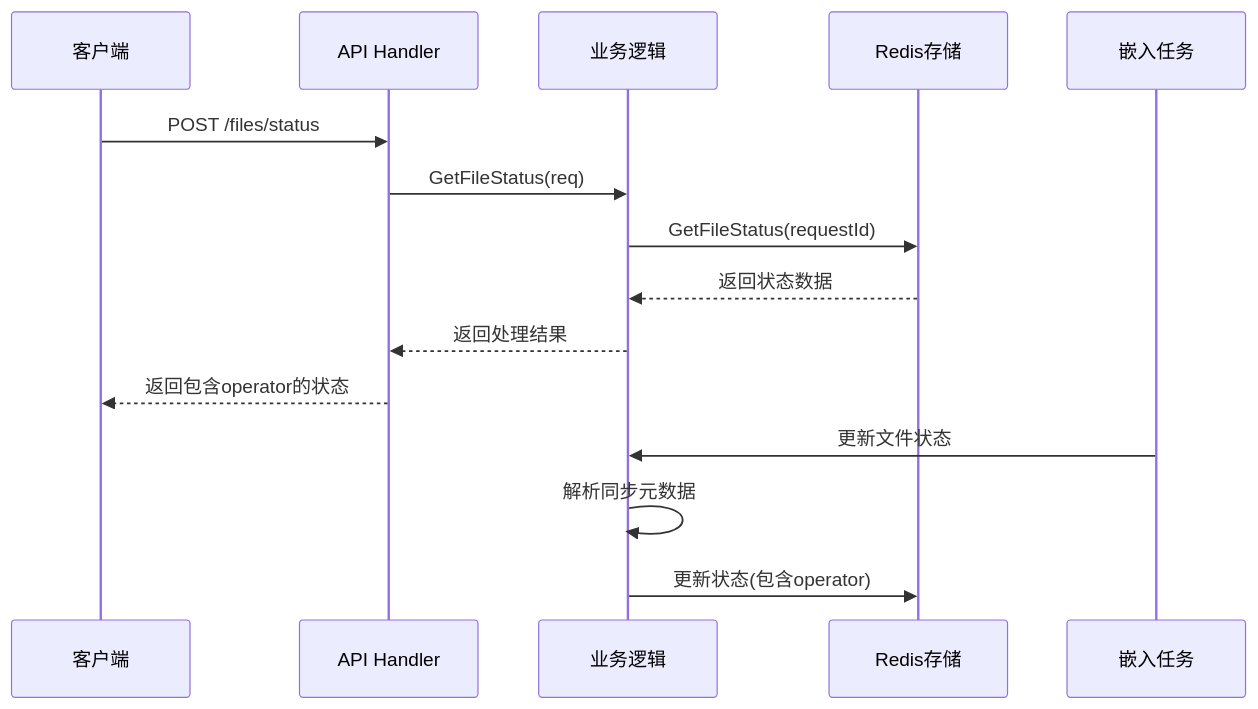
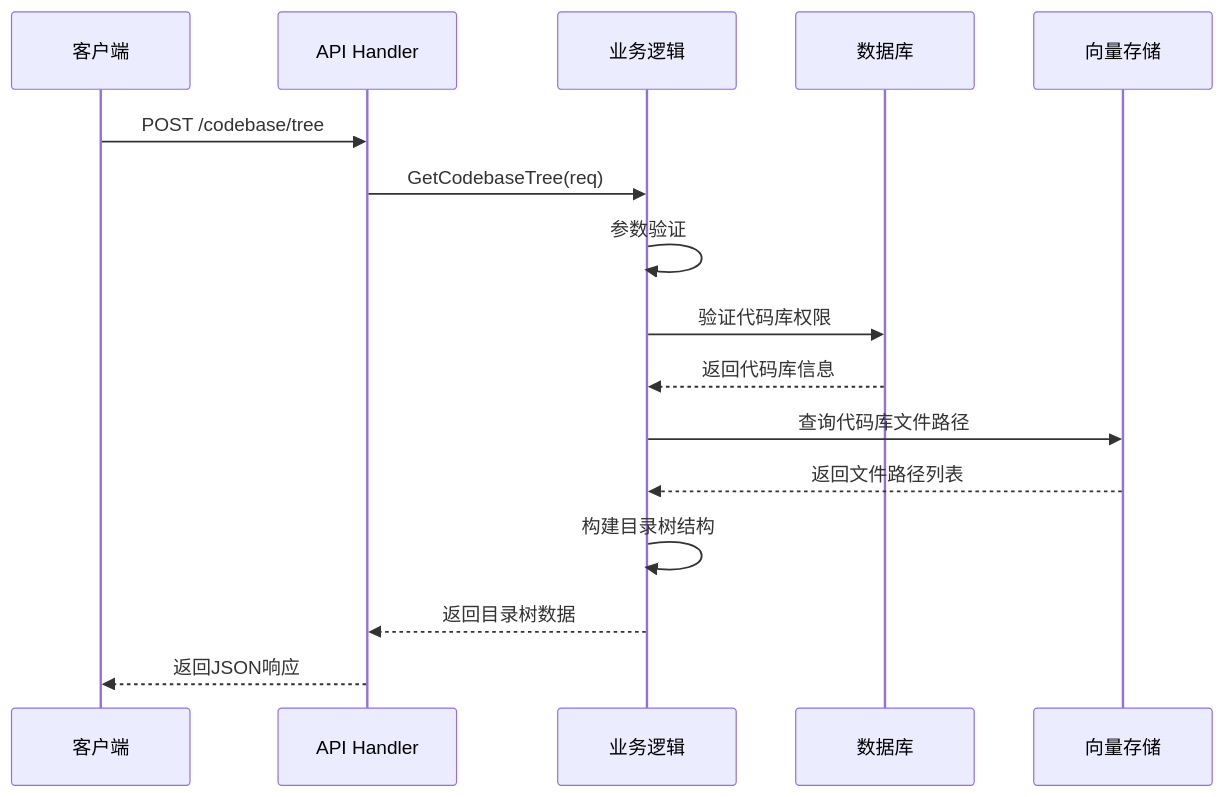
One commit to zgsm-ai/codebase-embedder changed the second of 2 diagrams in docs/technical.md. Above: the diagram before and after it, drawn with Mermaid. The commit also changed other lines of this file and 15 other files, not shown here.

````diff
--- a/docs/technical.md
+++ b/docs/technical.md
@@ -43,19 +46,19 @@
 ```mermaid
 sequenceDiagram
     participant Client as 客户端
     participant API as API Handler
     participant Logic as 业务逻辑
-    participant Redis as Redis存储
-    participant Task as 嵌入任务
+    participant DB as 数据库
+    participant Vector as 向量存储
     
-    Client->>API: POST /files/status
-    API->>Logic: GetFileStatus(req)
-    Logic->>Redis: GetFileStatus(requestId)
-    Redis-->>Logic: 返回状态数据
-    Logic-->>API: 返回处理结果
-    API-->>Client: 返回包含operator的状态
-    
-    Task->>Logic: 更新文件状态
-    Logic->>Logic: 解析同步元数据
-    Logic->>Redis: 更新状态(包含operator)
+    Client->>API: POST /codebase/tree
+    API->>Logic: GetCodebaseTree(req)
+    Logic->>Logic: 参数验证
+    Logic->>DB: 验证代码库权限
+    DB-->>Logic: 返回代码库信息
+    Logic->>Vector: 查询代码库文件路径
+    Vector-->>Logic: 返回文件路径列表
+    Logic->>Logic: 构建目录树结构
+    Logic-->>API: 返回目录树数据
+    API-->>Client: 返回JSON响应
 ```
````
